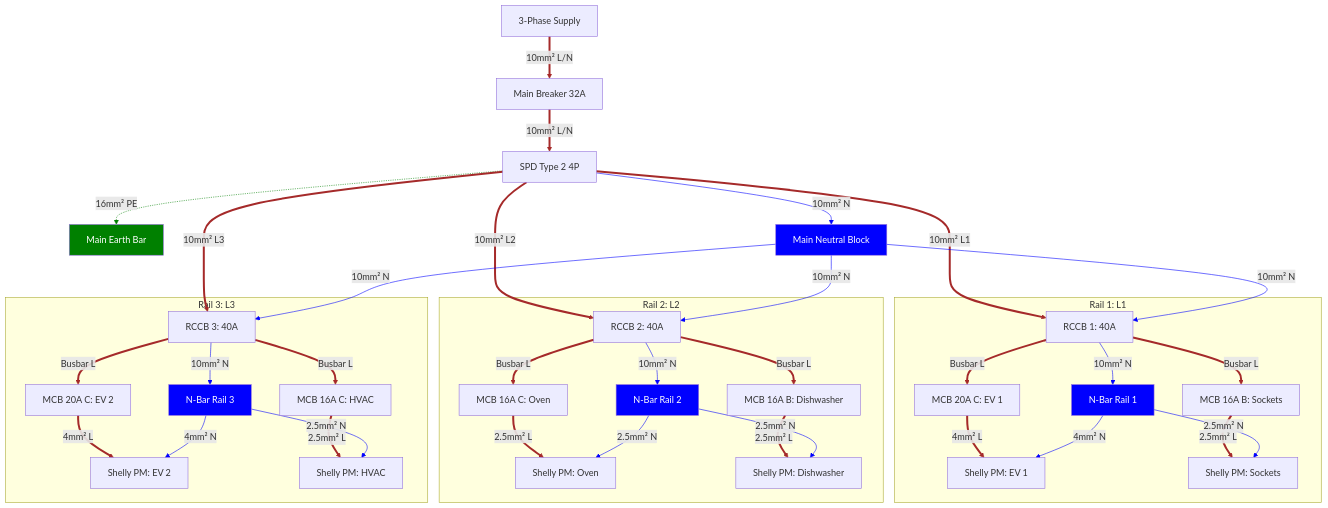
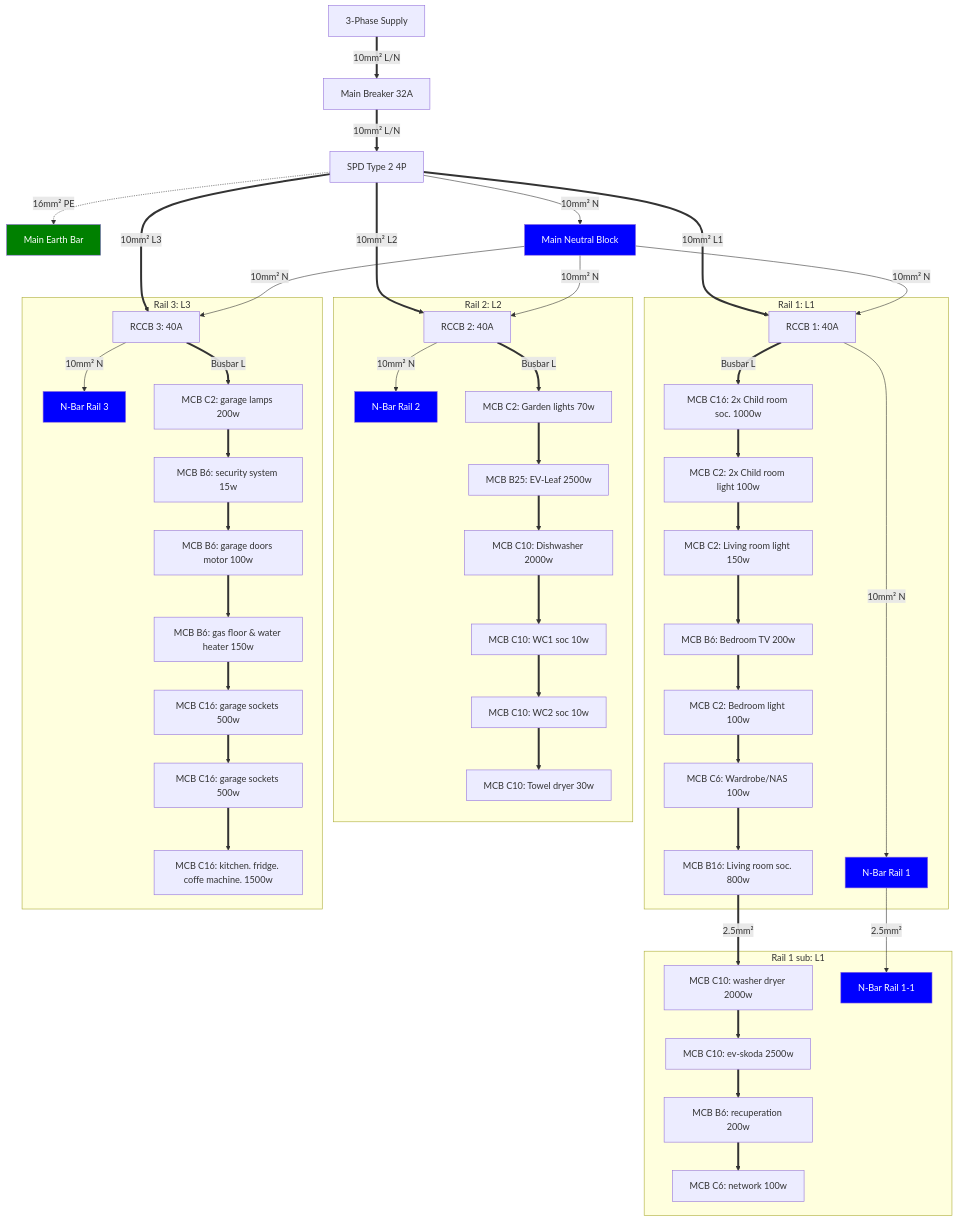
One commit to m90trash/random-schemos changed the diagram in elektros dezes planas 2026-01-28.mmd. Above: the diagram before and after it, drawn with Mermaid.

Commit message:
sudelioti mcb

```diff
--- a/elektros dezes planas 2026-01-28.mmd
+++ b/elektros dezes planas 2026-01-28.mmd
@@ -1,70 +1,79 @@
 graph TD
 %% --- 0-1: Main Feed c--- 
 Incomer[3-Phase Supply] == "10mm² L/N" ==> MB[Main Breaker 32A] 
 MB == "10mm² L/N" ==> SPD[SPD Type 2 4P]
 
 %% --- 2-3: Grounding & Main Neutral Split ---
 SPD -. "16mm² PE" .-> PE_Bus[Main Earth Bar]
 SPD -- "10mm² N" --> N_Block[Main Neutral Block]
 
 %% --- 4-9: Phase & Neutral Distribution to RCCBs ---
 SPD == "10mm² L1" ==> R1[RCCB 1: 40A]
 SPD == "10mm² L2" ==> R2[RCCB 2: 40A]
 SPD == "10mm² L3" ==> R3[RCCB 3: 40A]
 N_Block -- "10mm² N" --> R1
 N_Block -- "10mm² N" --> R2
 N_Block -- "10mm² N" --> R3
 
 subgraph Rail_1 [Rail 1: L1]
     R1 -- "10mm² N" --> N_Bar1[N-Bar Rail 1]
-    R1 == "Busbar L" ==> MCB_EV1[MCB 20A C: EV 1]
-    R1 == "Busbar L" ==> MCB_S1[MCB 16A B: Sockets]
     
-    MCB_EV1 == "4mm² L" ==> S_EV1[Shelly PM: EV 1]
-    N_Bar1 -- "4mm² N" --> S_EV1
+    R1 == "Busbar L" ==> MCB_darbo_roz[MCB C16: 2x Child room soc. 1000w]
+    MCB_darbo_roz ==> MCB_vaiko_lemp[MCB C2: 2x Child room light 100w]
+    MCB_vaiko_lemp  ==> MCB_svetaine_lemp[MCB C2: Living room light 150w]
+    MCB_svetaine_lemp ==> MCB_miegamas_tv[MCB B6: Bedroom TV 200w]
+    MCB_miegamas_tv  ==> MCB_miegamas_lemp[MCB C2: Bedroom light 100w]
+    MCB_miegamas_lemp ==> MCB_drabuzine_roz[MCB C6: Wardrobe/NAS 100w]
+    MCB_drabuzine_roz ==> MCB_svetaine_roz[MCB B16: Living room soc. 800w]
+end
+
+subgraph Rail_1_sub [Rail 1 sub: L1]
+    MCB_svetaine_roz ==>|2.5mm²| MCB_skalbimo_roz[MCB C10: washer dryer 2000w] 
+    MCB_skalbimo_roz ==> MCB_ev_skoda_roz[MCB C10: ev-skoda 2500w]
+    MCB_ev_skoda_roz ==> MCB_rekup[MCB B6: recuperation 200w]
+    MCB_rekup ==> MCB_network[MCB C6: network 100w]
     
-    MCB_S1 == "2.5mm² L" ==> S_S1[Shelly PM: Sockets]
-    N_Bar1 -- "2.5mm² N" --> S_S1
+    N_Bar1 -->|2.5mm²| N_Bar1_1[N-Bar Rail 1-1]    
 end
 
 subgraph Rail_2 [Rail 2: L2]
     R2 -- "10mm² N" --> N_Bar2[N-Bar Rail 2]
-    R2 == "Busbar L" ==> MCB_O[MCB 16A C: Oven]
-    R2 == "Busbar L" ==> MCB_DW[MCB 16A B: Dishwasher]
 
-    MCB_O == "2.5mm² L" ==> S_O[Shelly PM: Oven]
-    N_Bar2 -- "2.5mm² N" --> S_O
-    
-    MCB_DW == "2.5mm² L" ==> S_DW[Shelly PM: Dishwasher]
-    N_Bar2 -- "2.5mm² N" --> S_DW
+    R2 == "Busbar L" ==> MCB_lauko_lemp[MCB C2: Garden lights 70w]
+    MCB_lauko_lemp ==> MCB_lauko_roz[MCB B25: EV-Leaf 2500w]
+    MCB_lauko_roz ==> MCB_indaplove[MCB C10: Dishwasher 2000w]
+    MCB_indaplove ==> MCB_wc1[MCB C10: WC1 soc 10w]
+    MCB_wc1 ==> MCB_wc2[MCB C10: WC2 soc 10w]
+    MCB_wc2 ==> MCB_gyvatukas[MCB C10: Towel dryer 30w]
 end
 
 subgraph Rail_3 [Rail 3: L3]
     R3 -- "10mm² N" --> N_Bar3[N-Bar Rail 3]
-    R3 == "Busbar L" ==> MCB_EV2[MCB 20A C: EV 2]
-    R3 == "Busbar L" ==> MCB_AC[MCB 16A C: HVAC]
 
-    MCB_EV2 == "4mm² L" ==> S_EV2[Shelly PM: EV 2]
-    N_Bar3 -- "4mm² N" --> S_EV2
-    
-    MCB_AC == "2.5mm² L" ==> S_AC[Shelly PM: HVAC]
-    N_Bar3 -- "2.5mm² N" --> S_AC
+    R3 ==>|Busbar L| MCB_garazo_lemp[MCB C2: garage lamps 200w]
+    MCB_garazo_lemp ==> MCB_signalizacija[MCB B6: security system 15w]
+    MCB_signalizacija ==> MCB_vartai[MCB B6: garage doors motor 100w]
+    MCB_vartai ==> MCB_katilas[MCB B6: gas floor & water heater 150w]
+    MCB_katilas ==> MCB_garazo_roz_1[MCB C16: garage sockets 500w]
+    MCB_garazo_roz_1 ==> MCB_garazo_roz_2[MCB C16: garage sockets 500w]
+    MCB_garazo_roz_2 ==> MCB_virtuve[MCB C16: kitchen. fridge. coffe machine. 1500w]
 end
 
 %% Element Styles
 style N_Block fill:#0000ff,color:#fff
 style N_Bar1 fill:#0000ff,color:#fff
+style N_Bar1_1 fill:#0000ff,color:#fff
 style N_Bar2 fill:#0000ff,color:#fff
 style N_Bar3 fill:#0000ff,color:#fff
 style PE_Bus fill:#008000,color:#fff
 
 %% Link Styles
 
 %% PE (Green, Dotted)
-linkStyle 2 stroke:#008000
+%% linkStyle 2 stroke:#008000
 
 %% Neutrals (Blue)
-linkStyle 3,7,8,9,10,14,16,17,21,23,24,28,30 stroke:#0000FF
+%% linkStyle 3,7,8,9,10,14,16,17,21,23,24,28,30 stroke:#0000FF
 
 %% Phases (Brown)
-linkStyle 0,1,4,5,6,11,12,13,15,18,19,20,22,25,26,27,29 stroke:#A52A2A
+%% linkStyle 0,1,4,5,6,11,12,13,15,18,19,20,22,25,26,27,29 stroke:#A52A2A
```
